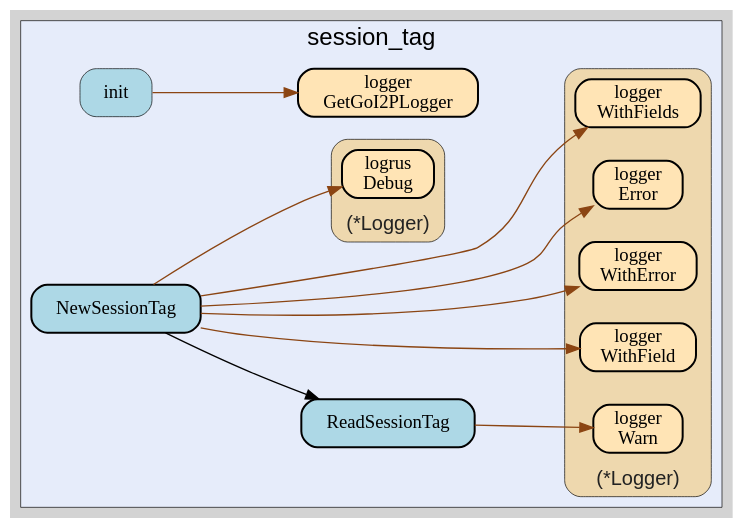
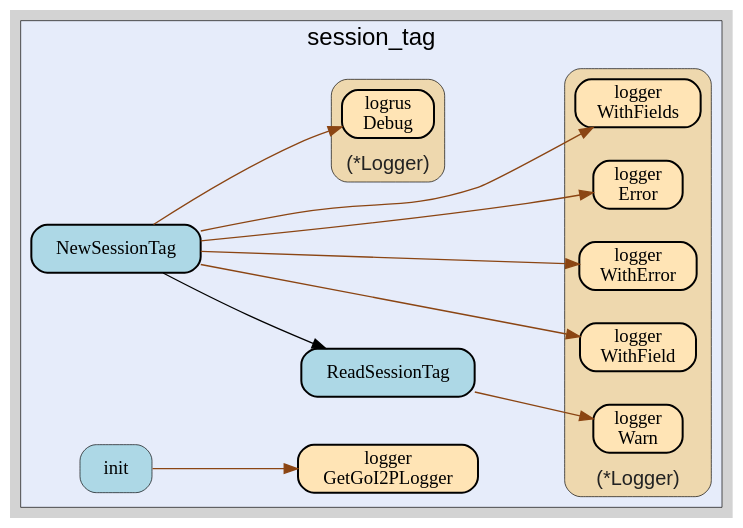
The diagram in session_tag/session_tag.gv (go-i2p/common), drawn with Graphviz before and after one commit. The commit also changed 60 other files, not shown here.

```diff
--- a/session_tag/session_tag.gv
+++ b/session_tag/session_tag.gv
@@ -1,70 +1,70 @@
 digraph gocallvis {
     label="";
     labeljust="l";
     fontname="Arial";
     fontsize="14";
     rankdir="LR";
     bgcolor="lightgray";
     style="solid";
     penwidth="0.5";
     pad="0.0";
     nodesep="0.35";
 
     node [shape="box" style="filled,rounded" fillcolor="honeydew" fontname="Verdana" penwidth="1.0" margin="0.16,0.0"];
     edge [minlen="2"]
 
     subgraph "cluster_focus" {
-        bgcolor="#e6ecfa";
-label="session_tag";
-labelloc="t";
+        labelloc="t";
 labeljust="c";
 fontsize="18";
+bgcolor="#e6ecfa";
+label="session_tag";
         
-        "github.com/go-i2p/go-i2p/lib/common/session_tag.ReadSessionTag" [ label="ReadSessionTag" penwidth="1.5" tooltip="github.com/go-i2p/go-i2p/lib/common/session_tag.ReadSessionTag | defined in session_tag.go:30\nat session_tag.go:32: calling [(*github.com/go-i2p/logger.Logger).Warn]" fillcolor="lightblue" ]
-        "github.com/go-i2p/go-i2p/lib/common/session_tag.init" [ fillcolor="lightblue" label="init" penwidth="0.5" tooltip="github.com/go-i2p/go-i2p/lib/common/session_tag.init | defined in .:0\nat session_tag.go:9: calling [github.com/go-i2p/logger.GetGoI2PLogger]" ]
-        "github.com/go-i2p/logger.GetGoI2PLogger" [ fillcolor="moccasin" label="logger\nGetGoI2PLogger" penwidth="1.5" tooltip="github.com/go-i2p/logger.GetGoI2PLogger | defined in log.go:120" ]
-        "github.com/go-i2p/go-i2p/lib/common/session_tag.NewSessionTag" [ fillcolor="lightblue" label="NewSessionTag" penwidth="1.5" tooltip="github.com/go-i2p/go-i2p/lib/common/session_tag.NewSessionTag | defined in session_tag.go:38\nat session_tag.go:40: calling [github.com/go-i2p/go-i2p/lib/common/session_tag.ReadSessionTag]\nat session_tag.go:42: calling [(*github.com/go-i2p/logger.Logger).WithError]\nat session_tag.go:42: calling [(*github.com/go-i2p/logger.Logger).Error]\nat session_tag.go:46: calling [(*github.com/go-i2p/logger.Logger).WithFields]\nat session_tag.go:39: calling [(*github.com/go-i2p/logger.Logger).WithField]\nat session_tag.go:39: calling [(*github.com/sirupsen/logrus.Logger).Debug]\nat session_tag.go:48: calling [(*github.com/sirupsen/logrus.Logger).Debug]" ]
+        "github.com/go-i2p/common/session_tag.ReadSessionTag" [ penwidth="1.5" tooltip="github.com/go-i2p/common/session_tag.ReadSessionTag | defined in session_tag.go:30\nat session_tag.go:32: calling [(*github.com/go-i2p/logger.Logger).Warn]" fillcolor="lightblue" label="ReadSessionTag" ]
+        "github.com/go-i2p/common/session_tag.NewSessionTag" [ penwidth="1.5" tooltip="github.com/go-i2p/common/session_tag.NewSessionTag | defined in session_tag.go:38\nat session_tag.go:39: calling [(*github.com/sirupsen/logrus.Logger).Debug]\nat session_tag.go:48: calling [(*github.com/sirupsen/logrus.Logger).Debug]\nat session_tag.go:40: calling [github.com/go-i2p/common/session_tag.ReadSessionTag]\nat session_tag.go:42: calling [(*github.com/go-i2p/logger.Logger).WithError]\nat session_tag.go:42: calling [(*github.com/go-i2p/logger.Logger).Error]\nat session_tag.go:46: calling [(*github.com/go-i2p/logger.Logger).WithFields]\nat session_tag.go:39: calling [(*github.com/go-i2p/logger.Logger).WithField]" fillcolor="lightblue" label="NewSessionTag" ]
+        "github.com/go-i2p/common/session_tag.init" [ fillcolor="lightblue" label="init" penwidth="0.5" tooltip="github.com/go-i2p/common/session_tag.init | defined in .:0\nat session_tag.go:9: calling [github.com/go-i2p/logger.GetGoI2PLogger]" ]
+        "github.com/go-i2p/logger.GetGoI2PLogger" [ tooltip="github.com/go-i2p/logger.GetGoI2PLogger | defined in log.go:120" fillcolor="moccasin" label="logger\nGetGoI2PLogger" penwidth="1.5" ]
         
         subgraph "cluster_*github.com/go-i2p/logger.Logger" {
-        fillcolor="wheat2";
+        style="rounded,filled";
+fillcolor="wheat2";
 label="(*Logger)";
 tooltip="type: *github.com/go-i2p/logger.Logger";
 penwidth="0.5";
 fontsize="15";
 fontcolor="#222222";
 labelloc="b";
-style="rounded,filled";
         
         "(*github.com/go-i2p/logger.Logger).Warn" [ fillcolor="moccasin" label="logger\nWarn" penwidth="1.5" tooltip="(*github.com/go-i2p/logger.Logger).Warn | defined in log.go:30" ]
-        "(*github.com/go-i2p/logger.Logger).WithField" [ label="logger\nWithField" penwidth="1.5" tooltip="(*github.com/go-i2p/logger.Logger).WithField | defined in log.go:54" fillcolor="moccasin" ]
+        "(*github.com/go-i2p/logger.Logger).WithField" [ fillcolor="moccasin" label="logger\nWithField" penwidth="1.5" tooltip="(*github.com/go-i2p/logger.Logger).WithField | defined in log.go:54" ]
         "(*github.com/go-i2p/logger.Logger).WithError" [ fillcolor="moccasin" label="logger\nWithError" penwidth="1.5" tooltip="(*github.com/go-i2p/logger.Logger).WithError | defined in log.go:66" ]
-        "(*github.com/go-i2p/logger.Logger).Error" [ penwidth="1.5" tooltip="(*github.com/go-i2p/logger.Logger).Error | defined in log.go:42" fillcolor="moccasin" label="logger\nError" ]
+        "(*github.com/go-i2p/logger.Logger).Error" [ fillcolor="moccasin" label="logger\nError" penwidth="1.5" tooltip="(*github.com/go-i2p/logger.Logger).Error | defined in log.go:42" ]
         "(*github.com/go-i2p/logger.Logger).WithFields" [ fillcolor="moccasin" label="logger\nWithFields" penwidth="1.5" tooltip="(*github.com/go-i2p/logger.Logger).WithFields | defined in log.go:60" ]
         
     }
 
         subgraph "cluster_*github.com/sirupsen/logrus.Logger" {
-        tooltip="type: *github.com/sirupsen/logrus.Logger";
-penwidth="0.5";
-fontsize="15";
-fontcolor="#222222";
+        fontcolor="#222222";
 labelloc="b";
 style="rounded,filled";
 fillcolor="wheat2";
 label="(*Logger)";
+tooltip="type: *github.com/sirupsen/logrus.Logger";
+penwidth="0.5";
+fontsize="15";
         
         "(*github.com/sirupsen/logrus.Logger).Debug" [ penwidth="1.5" tooltip="(*github.com/sirupsen/logrus.Logger).Debug | defined in logger.go:221" fillcolor="moccasin" label="logrus\nDebug" ]
         
     }
 
     }
 
-    "github.com/go-i2p/go-i2p/lib/common/session_tag.NewSessionTag" -> "github.com/go-i2p/go-i2p/lib/common/session_tag.ReadSessionTag" [ tooltip="at session_tag.go:40: calling [github.com/go-i2p/go-i2p/lib/common/session_tag.ReadSessionTag]" ]
-    "github.com/go-i2p/go-i2p/lib/common/session_tag.NewSessionTag" -> "(*github.com/go-i2p/logger.Logger).WithError" [ color="saddlebrown" tooltip="at session_tag.go:42: calling [(*github.com/go-i2p/logger.Logger).WithError]" ]
-    "github.com/go-i2p/go-i2p/lib/common/session_tag.NewSessionTag" -> "(*github.com/go-i2p/logger.Logger).Error" [ tooltip="at session_tag.go:42: calling [(*github.com/go-i2p/logger.Logger).Error]" color="saddlebrown" ]
-    "github.com/go-i2p/go-i2p/lib/common/session_tag.NewSessionTag" -> "(*github.com/go-i2p/logger.Logger).WithFields" [ tooltip="at session_tag.go:46: calling [(*github.com/go-i2p/logger.Logger).WithFields]" color="saddlebrown" ]
-    "github.com/go-i2p/go-i2p/lib/common/session_tag.ReadSessionTag" -> "(*github.com/go-i2p/logger.Logger).Warn" [ color="saddlebrown" tooltip="at session_tag.go:32: calling [(*github.com/go-i2p/logger.Logger).Warn]" ]
-    "github.com/go-i2p/go-i2p/lib/common/session_tag.init" -> "github.com/go-i2p/logger.GetGoI2PLogger" [ tooltip="at session_tag.go:9: calling [github.com/go-i2p/logger.GetGoI2PLogger]" color="saddlebrown" ]
-    "github.com/go-i2p/go-i2p/lib/common/session_tag.NewSessionTag" -> "(*github.com/go-i2p/logger.Logger).WithField" [ color="saddlebrown" tooltip="at session_tag.go:39: calling [(*github.com/go-i2p/logger.Logger).WithField]" ]
-    "github.com/go-i2p/go-i2p/lib/common/session_tag.NewSessionTag" -> "(*github.com/sirupsen/logrus.Logger).Debug" [ color="saddlebrown" tooltip="at session_tag.go:39: calling [(*github.com/sirupsen/logrus.Logger).Debug]\nat session_tag.go:48: calling [(*github.com/sirupsen/logrus.Logger).Debug]" ]
+    "github.com/go-i2p/common/session_tag.NewSessionTag" -> "(*github.com/sirupsen/logrus.Logger).Debug" [ color="saddlebrown" tooltip="at session_tag.go:39: calling [(*github.com/sirupsen/logrus.Logger).Debug]\nat session_tag.go:48: calling [(*github.com/sirupsen/logrus.Logger).Debug]" ]
+    "github.com/go-i2p/common/session_tag.NewSessionTag" -> "github.com/go-i2p/common/session_tag.ReadSessionTag" [ tooltip="at session_tag.go:40: calling [github.com/go-i2p/common/session_tag.ReadSessionTag]" ]
+    "github.com/go-i2p/common/session_tag.NewSessionTag" -> "(*github.com/go-i2p/logger.Logger).WithError" [ tooltip="at session_tag.go:42: calling [(*github.com/go-i2p/logger.Logger).WithError]" color="saddlebrown" ]
+    "github.com/go-i2p/common/session_tag.NewSessionTag" -> "(*github.com/go-i2p/logger.Logger).Error" [ color="saddlebrown" tooltip="at session_tag.go:42: calling [(*github.com/go-i2p/logger.Logger).Error]" ]
+    "github.com/go-i2p/common/session_tag.NewSessionTag" -> "(*github.com/go-i2p/logger.Logger).WithFields" [ color="saddlebrown" tooltip="at session_tag.go:46: calling [(*github.com/go-i2p/logger.Logger).WithFields]" ]
+    "github.com/go-i2p/common/session_tag.init" -> "github.com/go-i2p/logger.GetGoI2PLogger" [ tooltip="at session_tag.go:9: calling [github.com/go-i2p/logger.GetGoI2PLogger]" color="saddlebrown" ]
+    "github.com/go-i2p/common/session_tag.ReadSessionTag" -> "(*github.com/go-i2p/logger.Logger).Warn" [ tooltip="at session_tag.go:32: calling [(*github.com/go-i2p/logger.Logger).Warn]" color="saddlebrown" ]
+    "github.com/go-i2p/common/session_tag.NewSessionTag" -> "(*github.com/go-i2p/logger.Logger).WithField" [ color="saddlebrown" tooltip="at session_tag.go:39: calling [(*github.com/go-i2p/logger.Logger).WithField]" ]
 }
```
